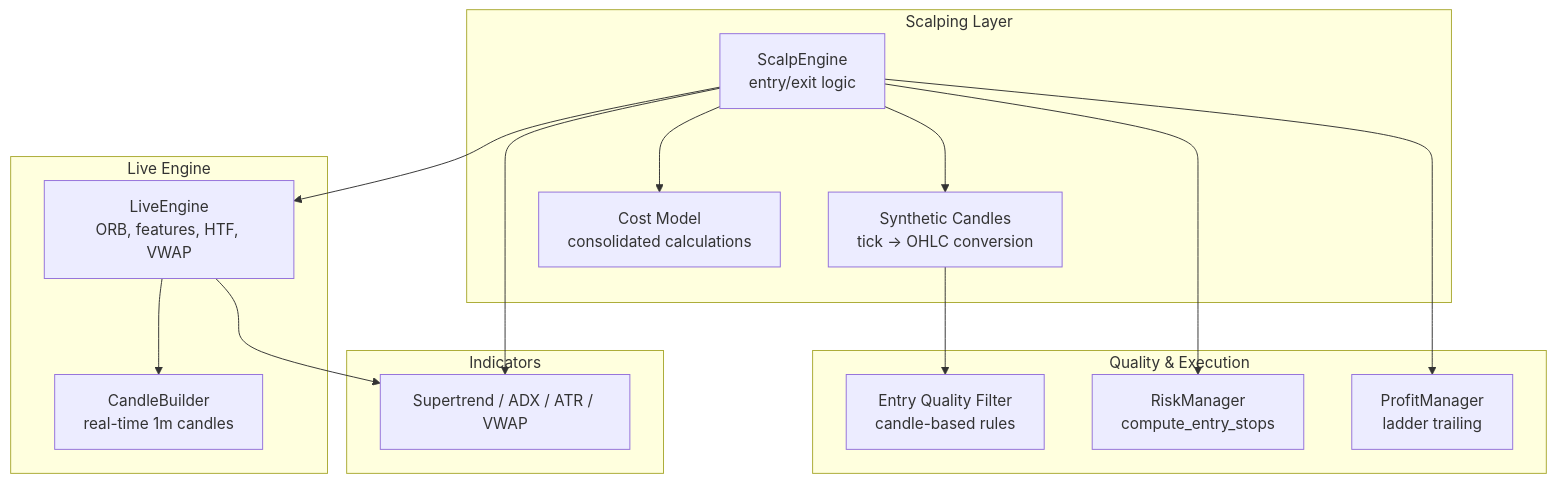
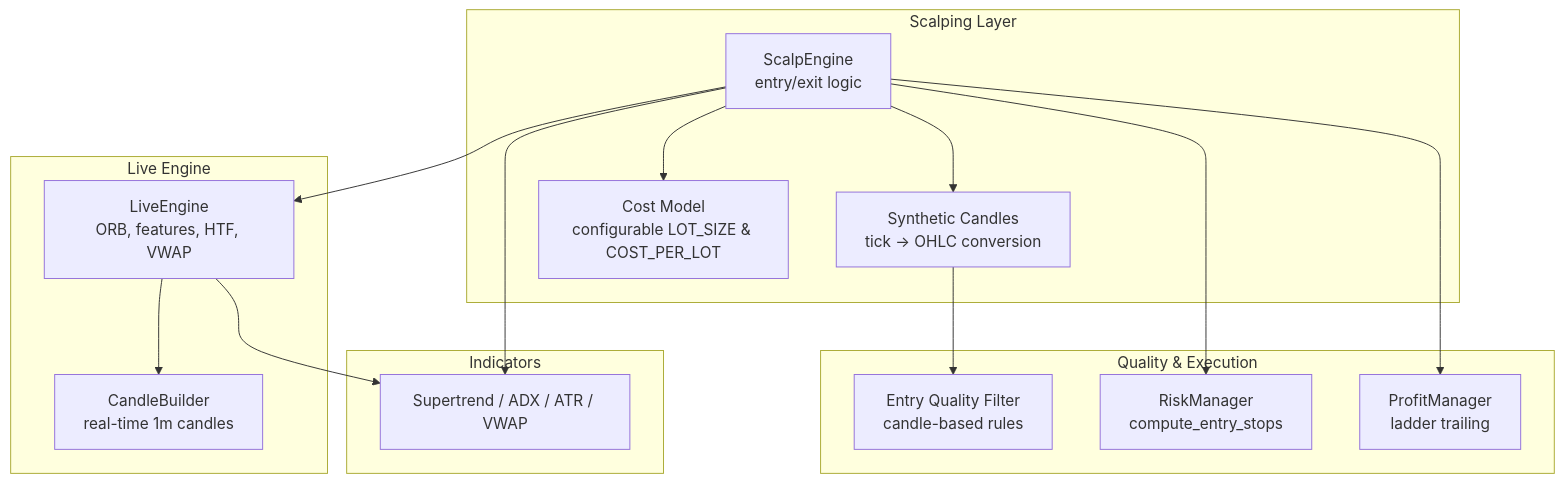
Before and after one commit to tauqeersiddiqui-art/tradingsystem: the first of 11 diagrams in .qoder/repowiki/en/content/Core Trading Engine/Scalping Strategy Engine.md, drawn with Mermaid. The commit also changed other lines of this file and 63 other files, not shown here.

````diff
--- a/.qoder/repowiki/en/content/Core Trading Engine/Scalping Strategy Engine.md
+++ b/.qoder/repowiki/en/content/Core Trading Engine/Scalping Strategy Engine.md
@@ -45,29 +45,29 @@
 ```mermaid
 graph TB
 subgraph "Scalping Layer"
 SE["ScalpEngine<br/>entry/exit logic"]
 SC["Synthetic Candles<br/>tick → OHLC conversion"]
-CM["Cost Model<br/>consolidated calculations"]
+CM["Cost Model<br/>configurable LOT_SIZE & COST_PER_LOT"]
 end
 subgraph "Live Engine"
 LE["LiveEngine<br/>ORB, features, HTF, VWAP"]
 CB["CandleBuilder<br/>real-time 1m candles"]
 end
 subgraph "Quality & Execution"
 EQ["Entry Quality Filter<br/>candle-based rules"]
 RM["RiskManager<br/>compute_entry_stops"]
 PM["ProfitManager<br/>ladder trailing"]
 end
 subgraph "Indicators"
 IND["Supertrend / ADX / ATR / VWAP"]
 end
 SE --> SC
 SE --> CM
 SC --> EQ
 SE --> LE
 SE --> RM
 SE --> PM
 LE --> CB
 LE --> IND
 SE --> IND
 ```
````
